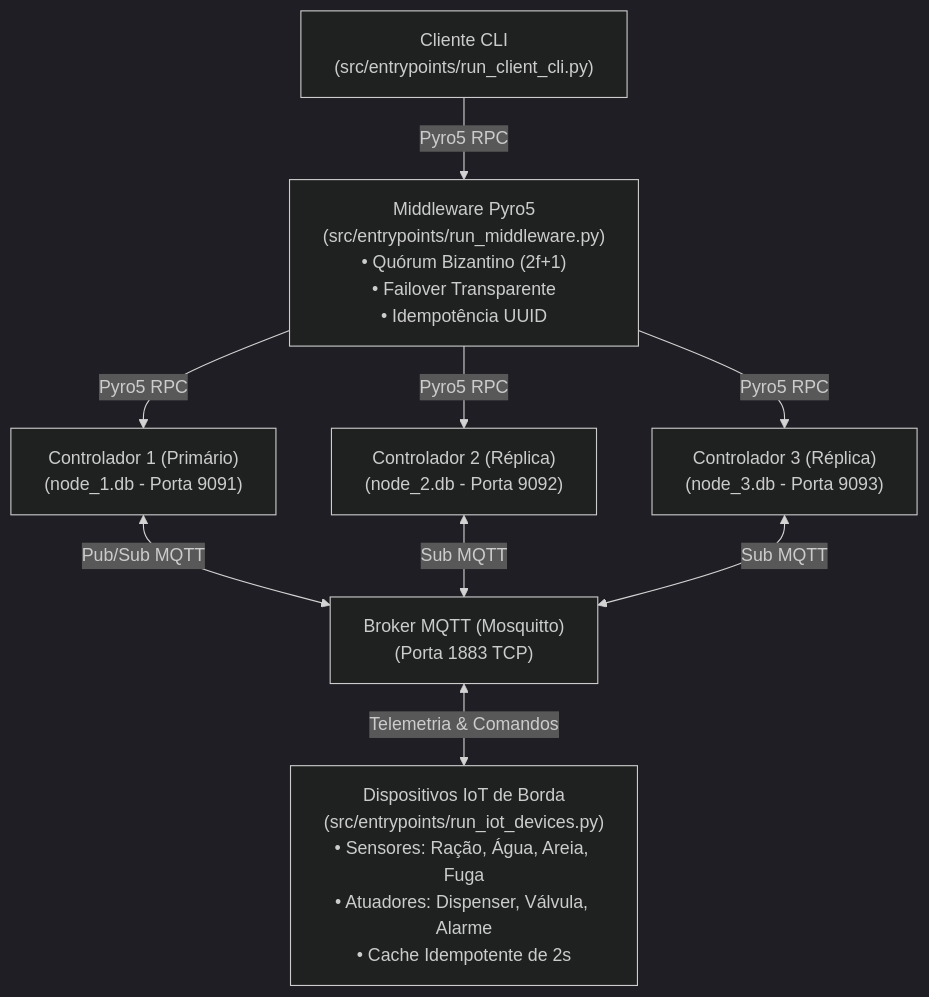
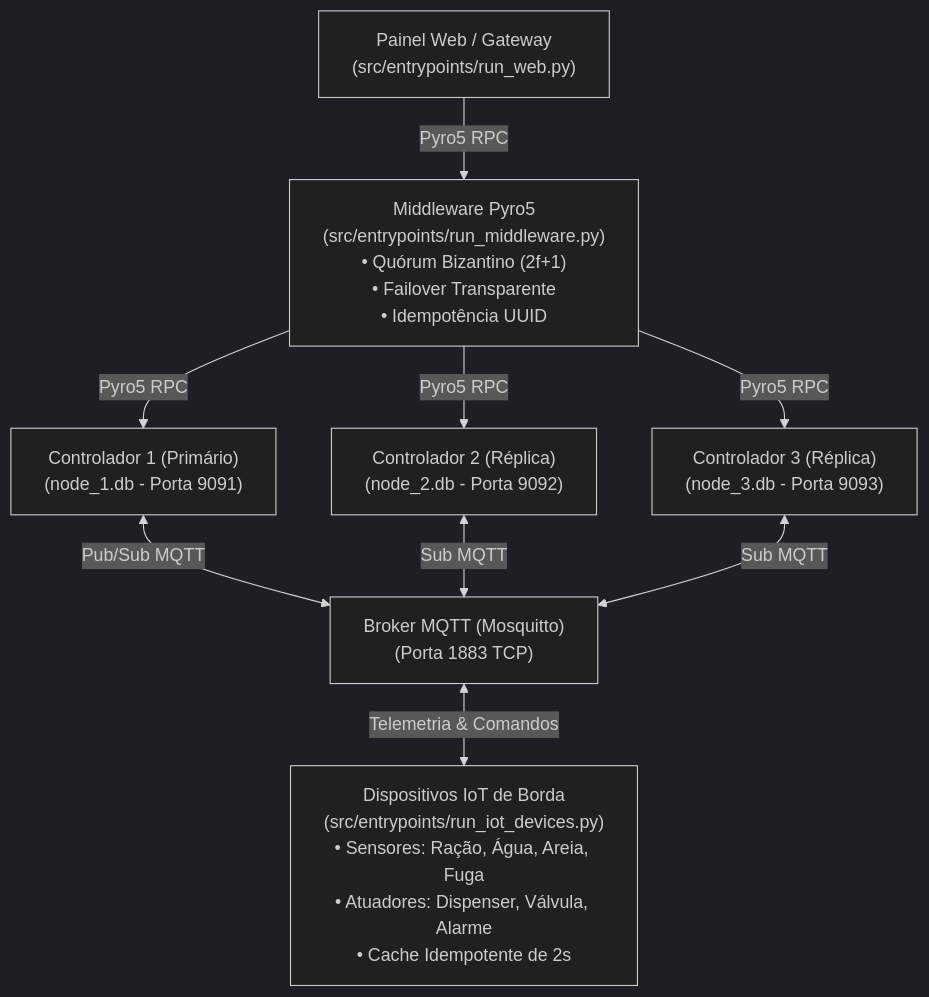
Before and after one commit to moimanu/pet-care: the diagram in README.md, drawn with Mermaid (dark theme). The commit also changed other lines of this file and 5 other files, not shown here.

Commit message:
feat(entrypoints): replace client CLI with run_web server entrypoint and scenario routes

````diff
--- a/README.md
+++ b/README.md
@@ -9,24 +9,24 @@
 ```mermaid
 flowchart TD
-    CLI["Cliente CLI\n(src/entrypoints/run_client_cli.py)"]
+    CLI["Painel Web / Gateway\n(src/entrypoints/run_web.py)"]
     MID["Middleware Pyro5\n(src/entrypoints/run_middleware.py)\n• Quórum Bizantino (2f+1)\n• Failover Transparente\n• Idempotência UUID"]
     
     C1["Controlador 1 (Primário)\n(node_1.db - Porta 9091)"]
     C2["Controlador 2 (Réplica)\n(node_2.db - Porta 9092)"]
     C3["Controlador 3 (Réplica)\n(node_3.db - Porta 9093)"]
 
     MQTT["Broker MQTT (Mosquitto)\n(Porta 1883 TCP)"]
 
     IOT["Dispositivos IoT de Borda\n(src/entrypoints/run_iot_devices.py)\n• Sensores: Ração, Água, Areia, Fuga\n• Atuadores: Dispenser, Válvula, Alarme\n• Cache Idempotente de 2s"]
 
     CLI -->|Pyro5 RPC| MID
     MID -->|Pyro5 RPC| C1
     MID -->|Pyro5 RPC| C2
     MID -->|Pyro5 RPC| C3
 
     C1 <-->|Pub/Sub MQTT| MQTT
     C2 <-->|Sub MQTT| MQTT
     C3 <-->|Sub MQTT| MQTT
 
     MQTT <-->|Telemetria & Comandos| IOT
 ```
````
